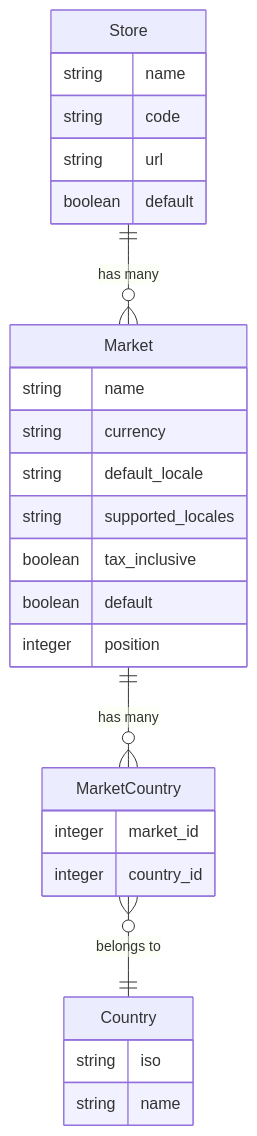
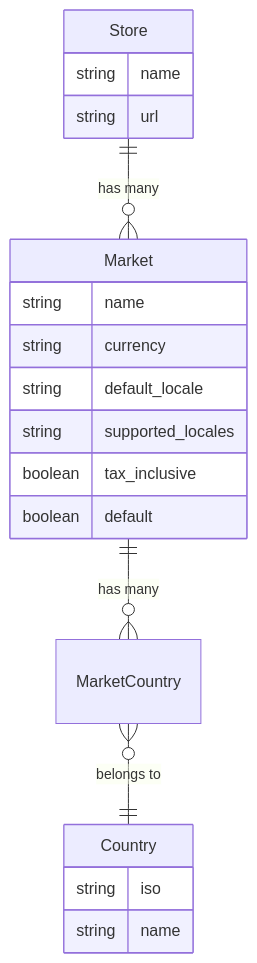
Before and after one commit to spree/spree: the diagram in docs/developer/core-concepts/markets.mdx, drawn with Mermaid. The commit also changed other lines of this file and 21 other files, not shown here.

````diff
--- a/docs/developer/core-concepts/markets.mdx
+++ b/docs/developer/core-concepts/markets.mdx
@@ -16,33 +14,25 @@
 ```mermaid
 erDiagram
+    Store ||--o{ Market : "has many"
+    Market ||--o{ MarketCountry : "has many"
+    MarketCountry }o--|| Country : "belongs to"
+
     Store {
         string name
-        string code
         string url
-        boolean default
     }
 
     Market {
         string name
         string currency
         string default_locale
         string supported_locales
         boolean tax_inclusive
         boolean default
-        integer position
-    }
-
-    MarketCountry {
-        integer market_id
-        integer country_id
     }
 
     Country {
         string iso
         string name
     }
-
-    Store ||--o{ Market : "has many"
-    Market ||--o{ MarketCountry : "has many"
-    MarketCountry }o--|| Country : "belongs to"
 ```
````
